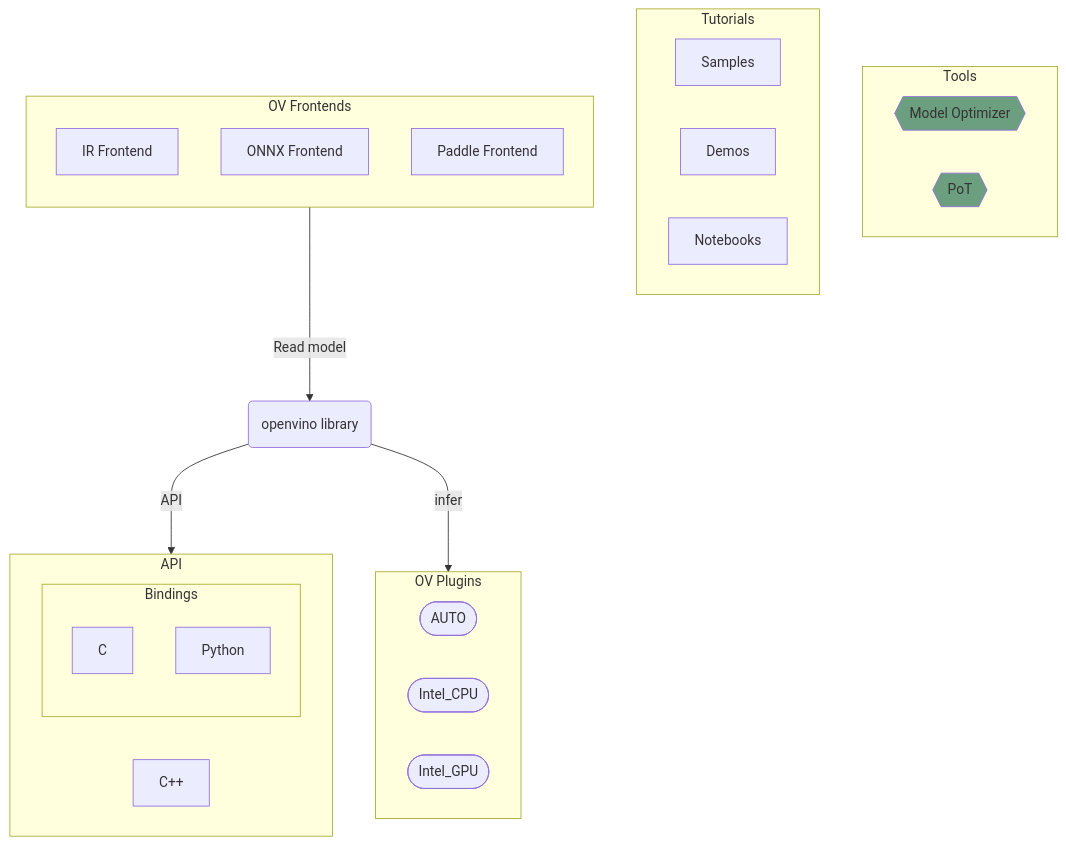
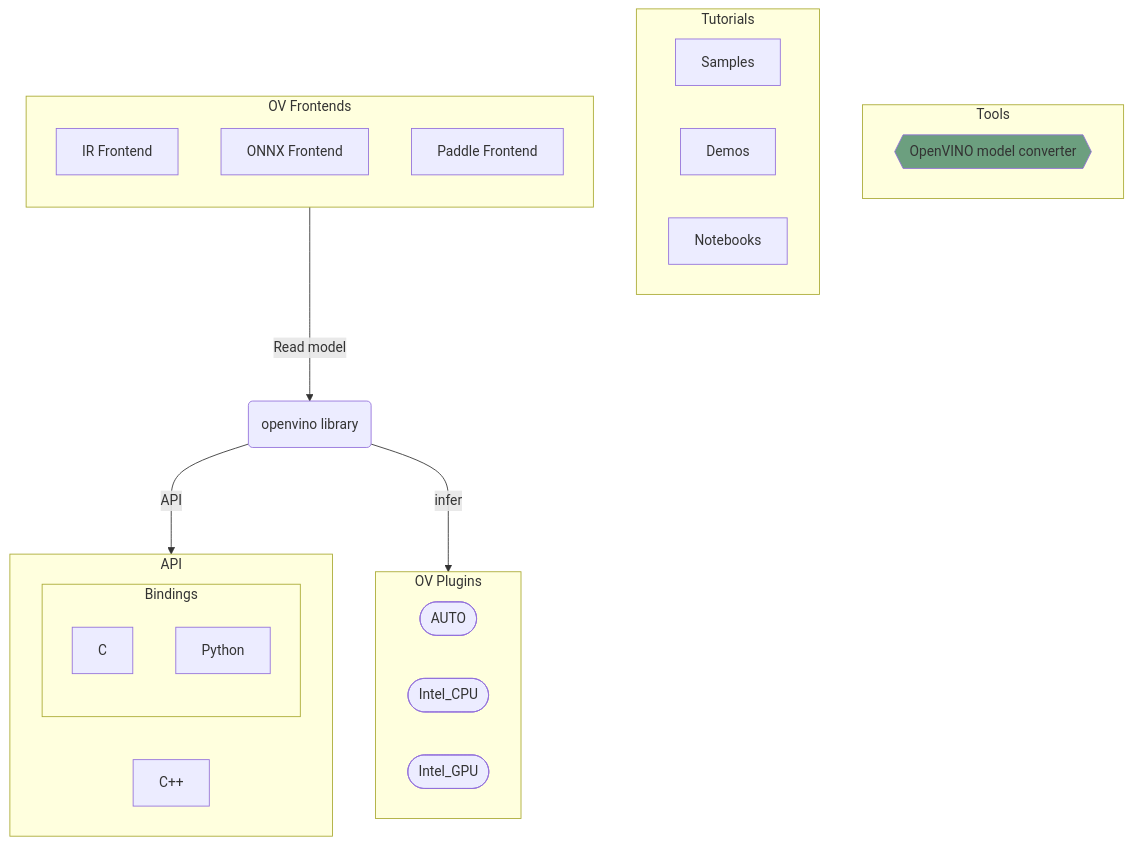
One commit to openvinotoolkit/openvino changed the first of 4 diagrams in src/docs/architecture.md. Above: the diagram before and after it, drawn with Mermaid. The commit also changed 48 other files, not shown here.

````diff
--- a/src/docs/architecture.md
+++ b/src/docs/architecture.md
@@ -16,39 +16,37 @@
 ```mermaid
 flowchart TB
     subgraph tools [Tools]
-        mo{{Model Optimizer}}
-        pot{{PoT}}
+        ovc{{OpenVINO model converter}}
     
-        style mo fill:#6c9f7f
-        style pot fill:#6c9f7f
+        style ovc fill:#6c9f7f
     end
     subgraph tutorials [Tutorials]
         samples[Samples]
         demos[Demos]
         notebooks[Notebooks]
     end
     subgraph api [API]
         cpp[C++]
         subgraph bindings [Bindings]
             c_api[C]
             python_api[Python]
         end
     end
     
     subgraph plugins [OV Plugins]
         auto(["AUTO"])
         cpu(["Intel_CPU"])
         gpu(["Intel_GPU"])
     end
     subgraph frontends [OV Frontends]
         direction TB
         ir_fe["IR Frontend"]
         onnx_fe["ONNX Frontend"]
         paddle_fe["Paddle Frontend"]
     end
     openvino(openvino library)
     
     frontends--Read model--->openvino
     openvino--API--->api
     openvino--infer--->plugins
 ```
````
